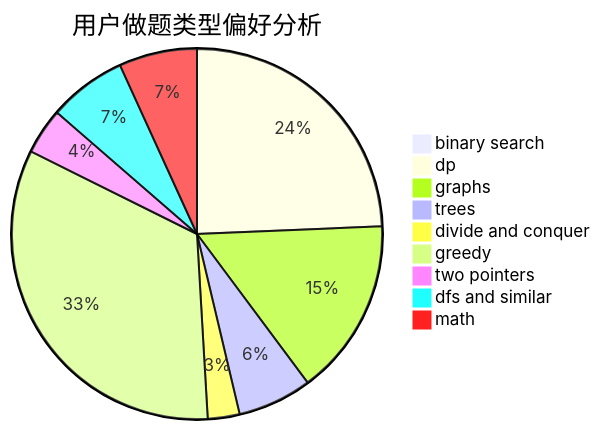
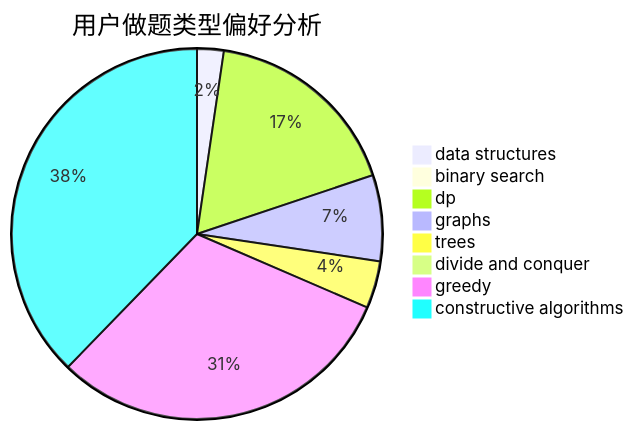
Before and after one commit to sherpahu/cfrs.github.io: the second of 3 diagrams in docs/user/u2465.md, drawn with Mermaid. The commit also changed other lines of this file and 2775 other files, not shown here.

````diff
--- a/docs/user/u2465.md
+++ b/docs/user/u2465.md
@@ -23,12 +23,11 @@
 ```mermaid
 pie title 用户做题类型偏好分析
-    "binary search" :  13
-    "dp" :  368
-    "graphs" :  234
-    "trees" :  98
-    "divide and conquer" :  42
-    "greedy" :  503
-    "two pointers" :  61
-    "dfs and similar" :  103
-    "math" :  103
+    "data structures" :  13
+    "binary search" :  2
+    "dp" :  98
+    "graphs" :  42
+    "trees" :  23
+    "divide and conquer" :  0
+    "greedy" :  172
+    "constructive algorithms" :  211
 ```
````
